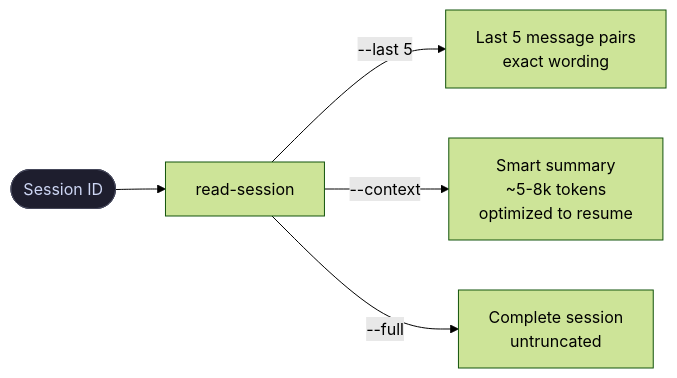
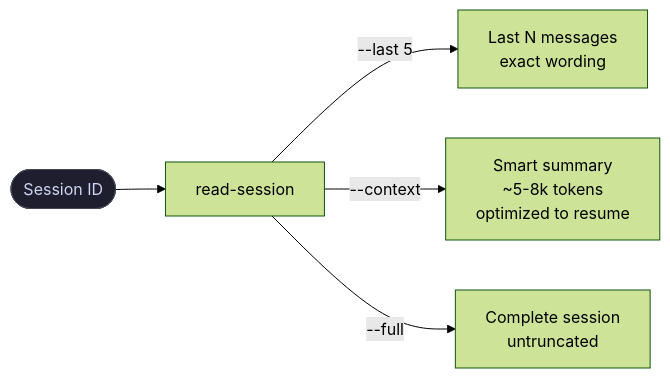
One commit to 456253475624576457/existenz changed the third of 3 diagrams in README.md. Above: the diagram before and after it, drawn with Mermaid (forest theme). The commit also changed other lines of this file, not shown here.

````diff
--- a/README.md
+++ b/README.md
@@ -113,9 +265,9 @@
 ```mermaid
 flowchart LR
     ID([Session ID]) --> RS[read-session]
-    RS -->|--last 5| A[Last 5 message pairs\nexact wording]
+    RS -->|--last 5| A[Last N messages\nexact wording]
     RS -->|--context| B[Smart summary\n~5-8k tokens\noptimized to resume]
     RS -->|--full| C[Complete session\nuntruncated]
 
     style ID fill:#1e1e2e,color:#cdd6f4,stroke:#45475a
 ```
````
